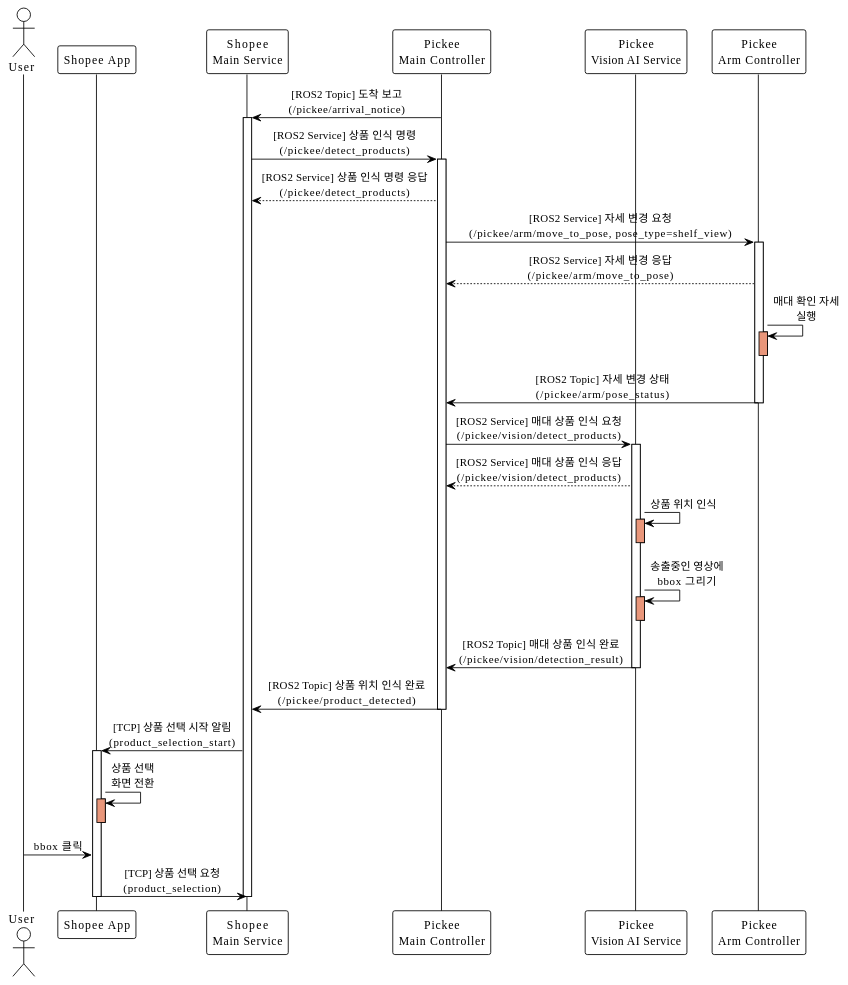
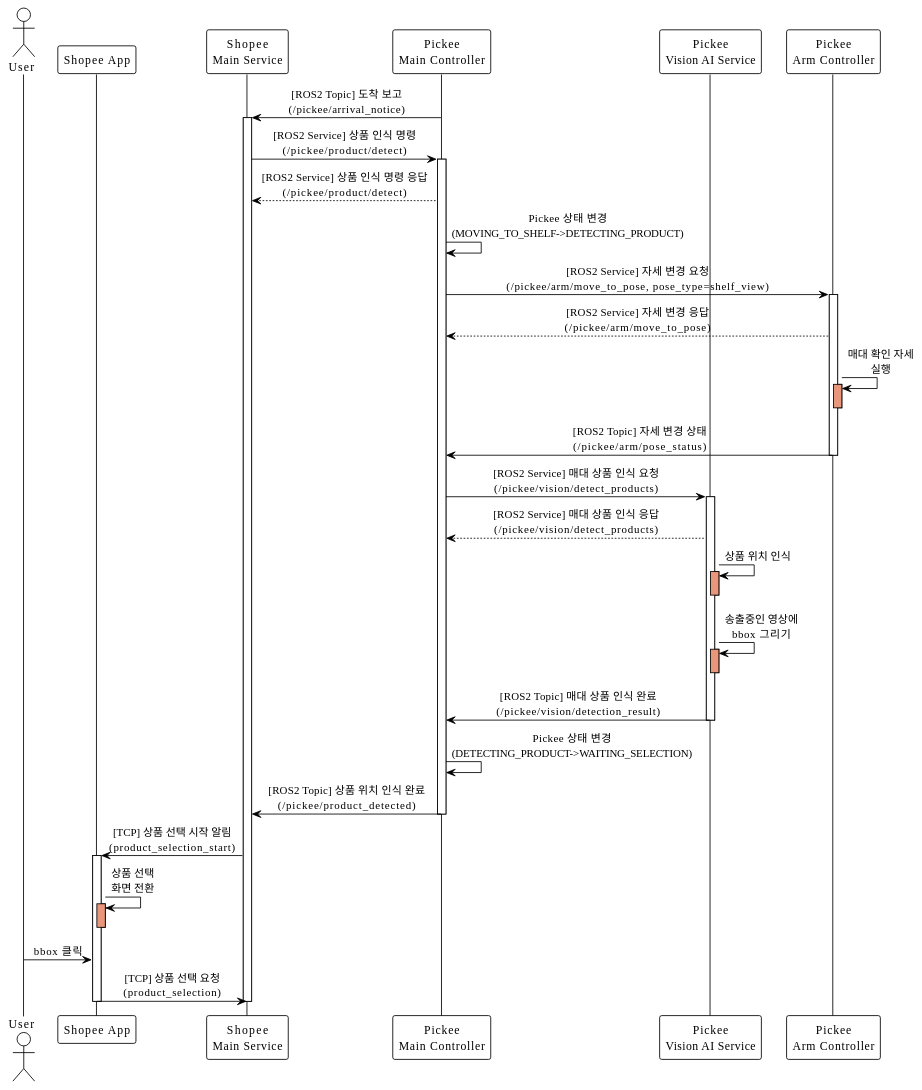
One commit to addinedu-roscamp-7th/roscamp-repo-1 changed the diagram in docs/SequenceDiagram/SC_02_3_2.md. Above: the diagram before and after it, drawn with PlantUML. The commit also changed 18 other files, not shown here.

```diff
--- a/docs/SequenceDiagram/SC_02_3_2.md
+++ b/docs/SequenceDiagram/SC_02_3_2.md
@@ -1,66 +1,70 @@
 @startuml
 !theme plain
 skinparam backgroundColor #FFFFFF
 skinparam sequenceMessageAlign center
 
 actor User as user
 participant "Shopee App" as app
 participant "Shopee\nMain Service" as main
 participant "Pickee\nMain Controller" as pickee_main
 participant "Pickee\nVision AI Service" as vision
 participant "Pickee\nArm Controller" as pickee_arm
 
 pickee_main -> main: [ROS2 Topic] 도착 보고\n(/pickee/arrival_notice)
 activate main
 
-main -> pickee_main: [ROS2 Service] 상품 인식 명령\n(/pickee/detect_products)
+main -> pickee_main: [ROS2 Service] 상품 인식 명령\n(/pickee/product/detect)
 activate pickee_main
 
-pickee_main --> main: [ROS2 Service] 상품 인식 명령 응답\n(/pickee/detect_products)
+pickee_main --> main: [ROS2 Service] 상품 인식 명령 응답\n(/pickee/product/detect)
+
+pickee_main -> pickee_main: Pickee 상태 변경\n(MOVING_TO_SHELF->DETECTING_PRODUCT)
 
 pickee_main -> pickee_arm: [ROS2 Service] 자세 변경 요청\n(/pickee/arm/move_to_pose, pose_type=shelf_view)
 activate pickee_arm
 
 pickee_arm --> pickee_main: [ROS2 Service] 자세 변경 응답\n(/pickee/arm/move_to_pose)
 
 pickee_arm -> pickee_arm: 매대 확인 자세\n실행
 activate pickee_arm #DarkSalmon
 deactivate pickee_arm
 
 pickee_arm -> pickee_main: [ROS2 Topic] 자세 변경 상태\n(/pickee/arm/pose_status)
 deactivate pickee_arm
 
 pickee_main -> vision: [ROS2 Service] 매대 상품 인식 요청\n(/pickee/vision/detect_products)
 activate vision
 
 vision --> pickee_main: [ROS2 Service] 매대 상품 인식 응답\n(/pickee/vision/detect_products)
 
 vision -> vision: 상품 위치 인식
 activate vision #DarkSalmon
 deactivate vision
 
 vision -> vision: 송출중인 영상에\nbbox 그리기
 activate vision #DarkSalmon
 deactivate vision
 
 vision -> pickee_main: [ROS2 Topic] 매대 상품 인식 완료\n(/pickee/vision/detection_result)
 deactivate vision
 
+pickee_main -> pickee_main: Pickee 상태 변경\n(DETECTING_PRODUCT->WAITING_SELECTION)
+
 pickee_main -> main: [ROS2 Topic] 상품 위치 인식 완료\n(/pickee/product_detected)
 deactivate pickee_main
 
 main -> app: [TCP] 상품 선택 시작 알림\n(product_selection_start)
 activate app
 
 app -> app: 상품 선택\n화면 전환
 activate app #DarkSalmon
 deactivate app
 
 user -> app: bbox 클릭
 
 app -> main: [TCP] 상품 선택 요청\n(product_selection)
 
 deactivate app
 deactivate main
 
 @enduml
```
